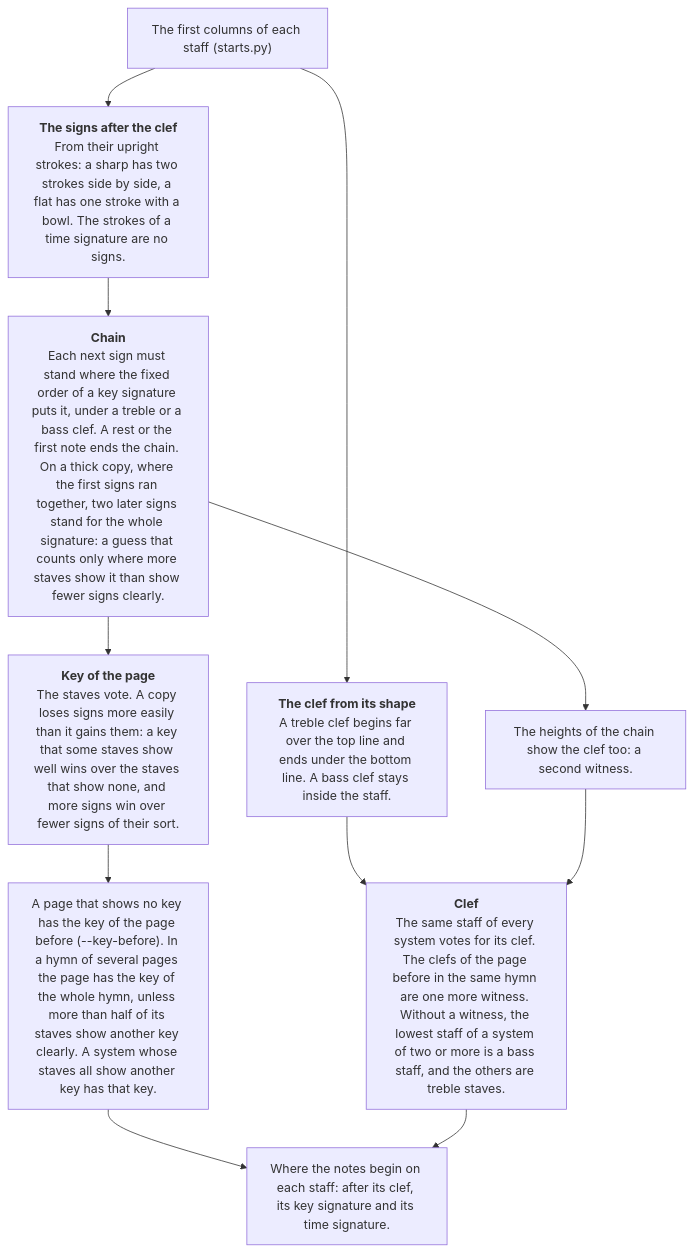
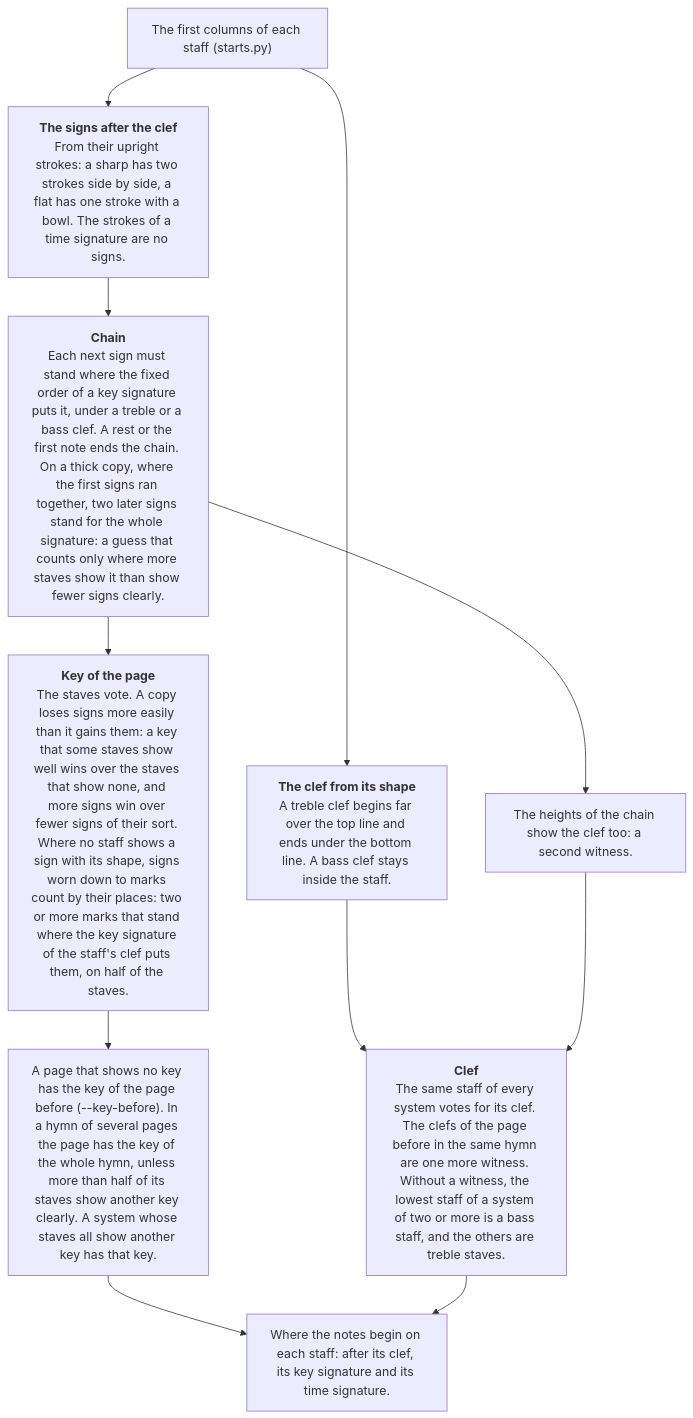
One commit to sweet-cicero/ScoreReader changed the sixth of 11 diagrams in README.md. Above: the diagram before and after it, drawn with Mermaid. The commit also changed other lines of this file and 3 other files, not shown here.

````diff
--- a/README.md
+++ b/README.md
@@ -197,14 +198,14 @@
 ```mermaid
 flowchart TD
     start["The first columns of each staff (starts.py)"]
     start --> shape["<b>The clef from its shape</b><br/>A treble clef begins far over the top line and ends under the bottom line. A bass clef stays inside the staff."]
     start --> signs["<b>The signs after the clef</b><br/>From their upright strokes: a sharp has two strokes side by side, a flat has one stroke with a bowl. The strokes of a time signature are no signs."]
     signs --> chain["<b>Chain</b><br/>Each next sign must stand where the fixed order of a key signature puts it, under a treble or a bass clef. A rest or the first note ends the chain. On a thick copy, where the first signs ran together, two later signs stand for the whole signature: a guess that counts only where more staves show it than show fewer signs clearly."]
-    chain --> key["<b>Key of the page</b><br/>The staves vote. A copy loses signs more easily than it gains them: a key that some staves show well wins over the staves that show none, and more signs win over fewer signs of their sort."]
+    chain --> key["<b>Key of the page</b><br/>The staves vote. A copy loses signs more easily than it gains them: a key that some staves show well wins over the staves that show none, and more signs win over fewer signs of their sort. Where no staff shows a sign with its shape, signs worn down to marks count by their places: two or more marks that stand where the key signature of the staff's clef puts them, on half of the staves."]
     key --> before["A page that shows no key has the key of the page before (--key-before). In a hymn of several pages the page has the key of the whole hymn, unless more than half of its staves show another key clearly. A system whose staves all show another key has that key."]
     chain --> witness["The heights of the chain show the clef too: a second witness."]
     shape --> clef
     witness --> clef["<b>Clef</b><br/>The same staff of every system votes for its clef. The clefs of the page before in the same hymn are one more witness. Without a witness, the lowest staff of a system of two or more is a bass staff, and the others are treble staves."]
     before --> ends["Where the notes begin on each staff: after its clef, its key signature and its time signature."]
     clef --> ends
 ```
````
